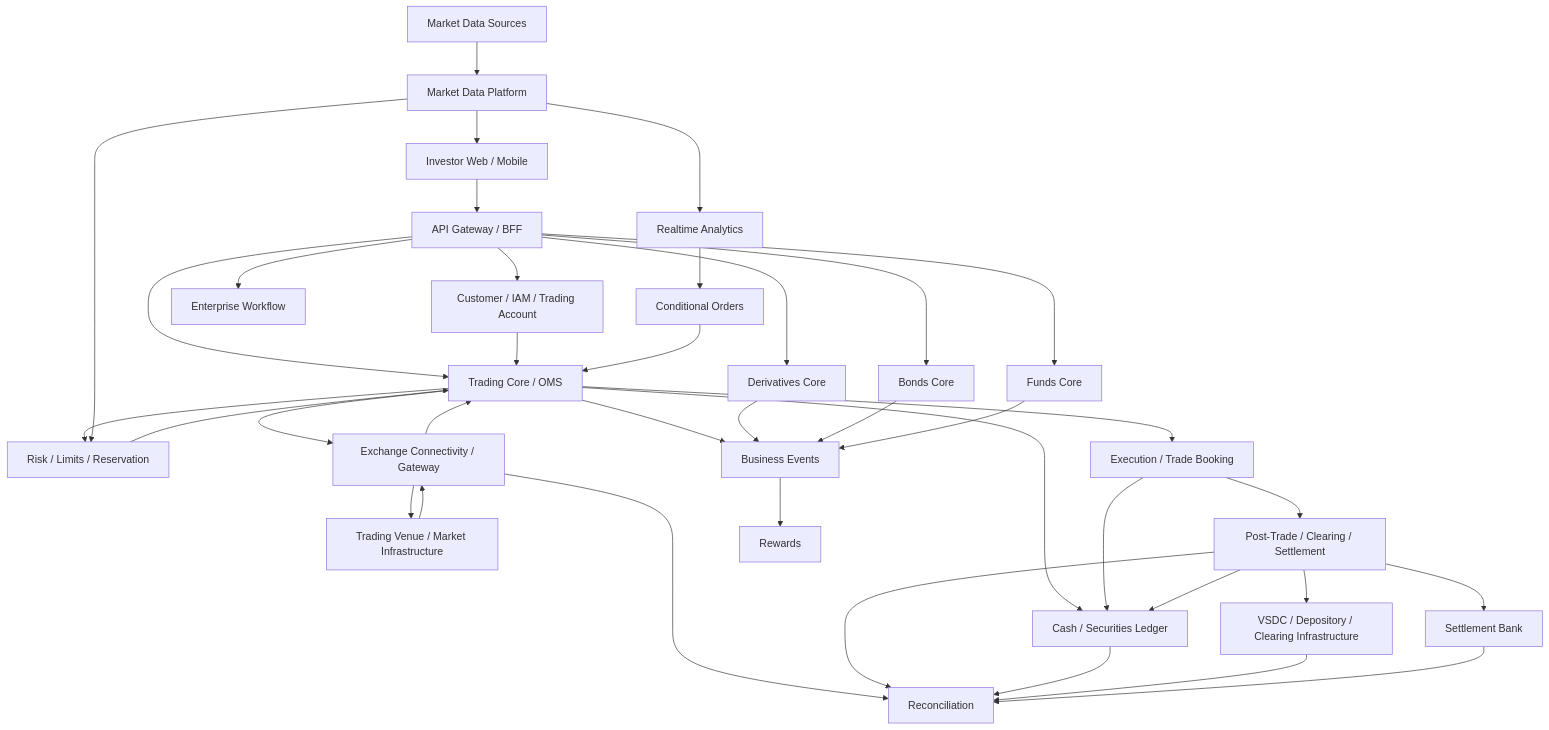
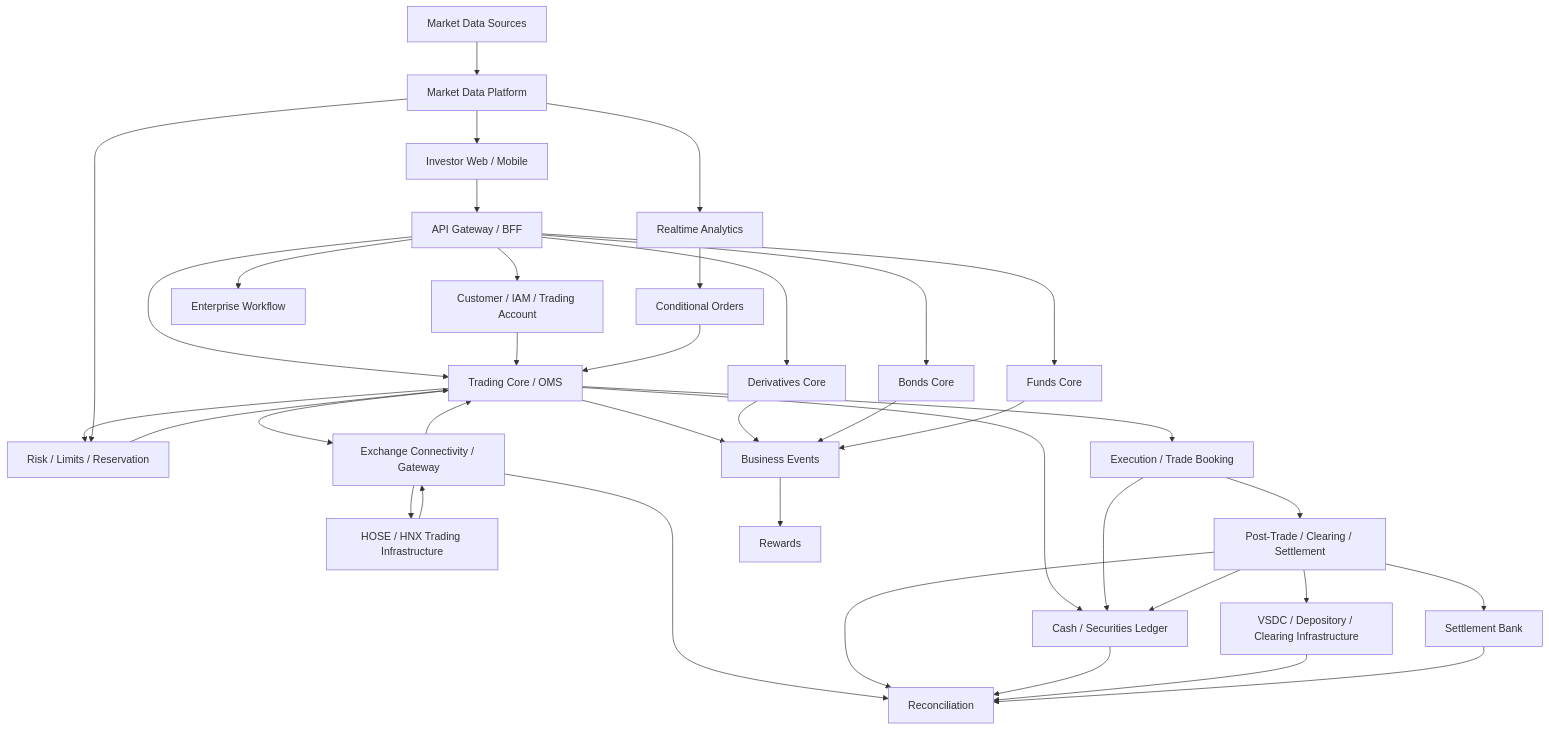
Before and after one commit to Trinhduyet/securities.github.io: the diagram in docs/resources/system-map.md, drawn with Mermaid.

Commit message:
docs: surface HOSE and HNX in canonical system map

```diff
--- a/docs/resources/system-map.md
+++ b/docs/resources/system-map.md
@@ -18,48 +18,48 @@
 ~~~mermaid
 flowchart TB
     INV[Investor Web / Mobile] --> API[API Gateway / BFF]
     API --> IAM[Customer / IAM / Trading Account]
 
     API --> OMS[Trading Core / OMS]
     IAM --> OMS
     OMS --> RISK[Risk / Limits / Reservation]
     RISK --> OMS
 
     OMS --> EXGW[Exchange Connectivity / Gateway]
-    EXGW --> VENUE[Trading Venue / Market Infrastructure]
+    EXGW --> VENUE[HOSE / HNX Trading Infrastructure]
     VENUE --> EXGW
     EXGW --> OMS
 
     MKT[Market Data Sources] --> MD[Market Data Platform]
     MD --> INV
     MD --> RISK
     MD --> ANA[Realtime Analytics]
     ANA --> COND[Conditional Orders]
     COND --> OMS
 
     OMS --> TRADE[Execution / Trade Booking]
     TRADE --> POST[Post-Trade / Clearing / Settlement]
     POST --> VSDC[VSDC / Depository / Clearing Infrastructure]
     POST --> BANK[Settlement Bank]
 
     OMS --> LEDGER[Cash / Securities Ledger]
     TRADE --> LEDGER
     POST --> LEDGER
 
     EXGW --> RECON[Reconciliation]
     POST --> RECON
     LEDGER --> RECON
     VSDC --> RECON
     BANK --> RECON
 
     API --> DER[Derivatives Core]
     API --> BOND[Bonds Core]
     API --> FUND[Funds Core]
     API --> WF[Enterprise Workflow]
 
     OMS --> EVT[Business Events]
     DER --> EVT
     BOND --> EVT
     FUND --> EVT
     EVT --> REWARD[Rewards]
 ~~~
```
